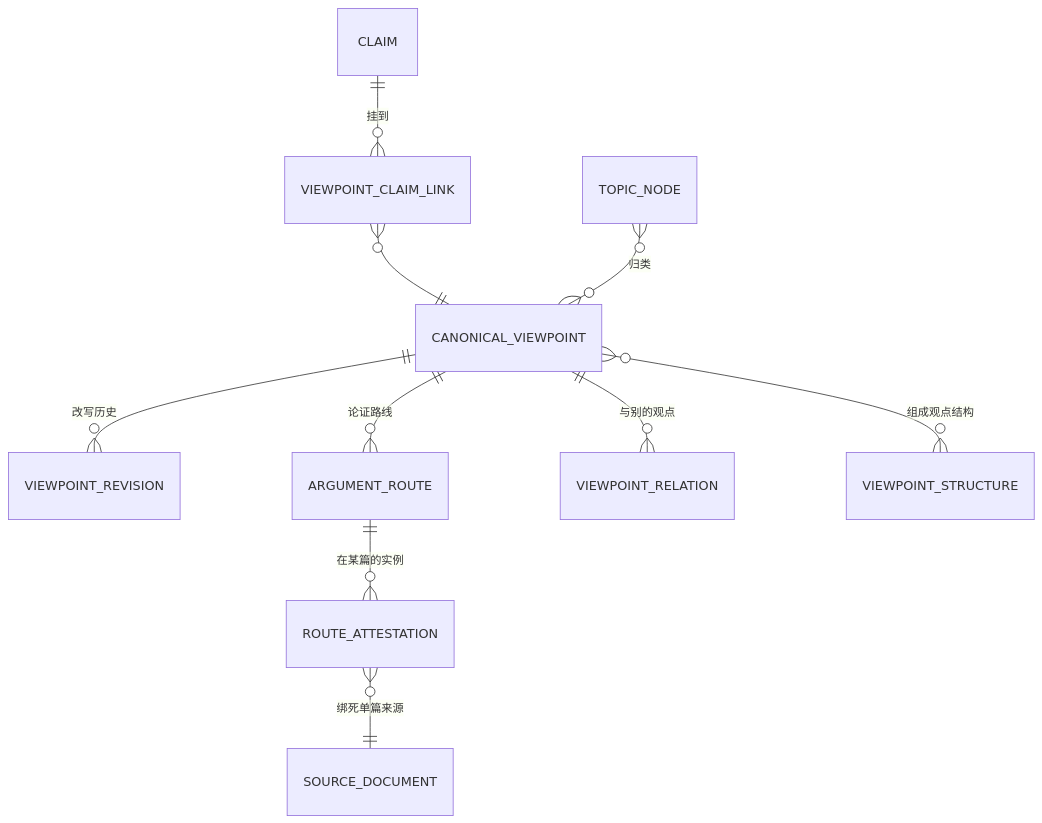
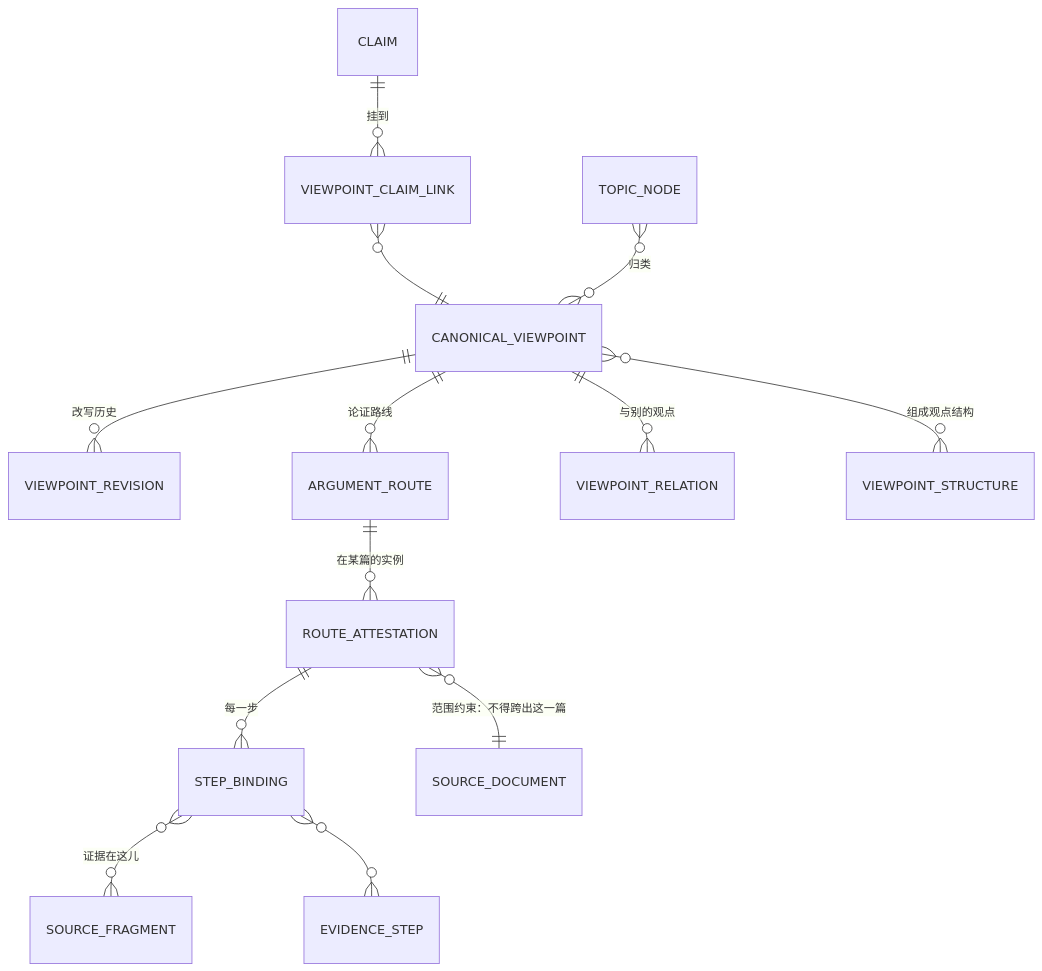
Before and after one commit to junyang168/smart-answer: the first of 3 diagrams in docs/wang-knowledge-platform/20-knowledge/canonical_viewpoint_design.md, drawn with Mermaid. The commit also changed other lines of this file, not shown here.

````diff
--- a/docs/wang-knowledge-platform/20-knowledge/canonical_viewpoint_design.md
+++ b/docs/wang-knowledge-platform/20-knowledge/canonical_viewpoint_design.md
@@ -67,12 +67,15 @@
 ```mermaid
 erDiagram
     CLAIM ||--o{ VIEWPOINT_CLAIM_LINK : "挂到"
     VIEWPOINT_CLAIM_LINK }o--|| CANONICAL_VIEWPOINT : ""
     CANONICAL_VIEWPOINT ||--o{ VIEWPOINT_REVISION : "改写历史"
     CANONICAL_VIEWPOINT ||--o{ ARGUMENT_ROUTE : "论证路线"
     ARGUMENT_ROUTE ||--o{ ROUTE_ATTESTATION : "在某篇的实例"
-    ROUTE_ATTESTATION }o--|| SOURCE_DOCUMENT : "绑死单篇来源"
+    ROUTE_ATTESTATION ||--o{ STEP_BINDING : "每一步"
+    STEP_BINDING }o--o{ SOURCE_FRAGMENT : "证据在这儿"
+    STEP_BINDING }o--o{ EVIDENCE_STEP : ""
+    ROUTE_ATTESTATION }o--|| SOURCE_DOCUMENT : "范围约束：不得跨出这一篇"
     CANONICAL_VIEWPOINT ||--o{ VIEWPOINT_RELATION : "与别的观点"
     CANONICAL_VIEWPOINT }o--o{ VIEWPOINT_STRUCTURE : "组成观点结构"
     TOPIC_NODE }o--o{ CANONICAL_VIEWPOINT : "归类"
 ```
````
